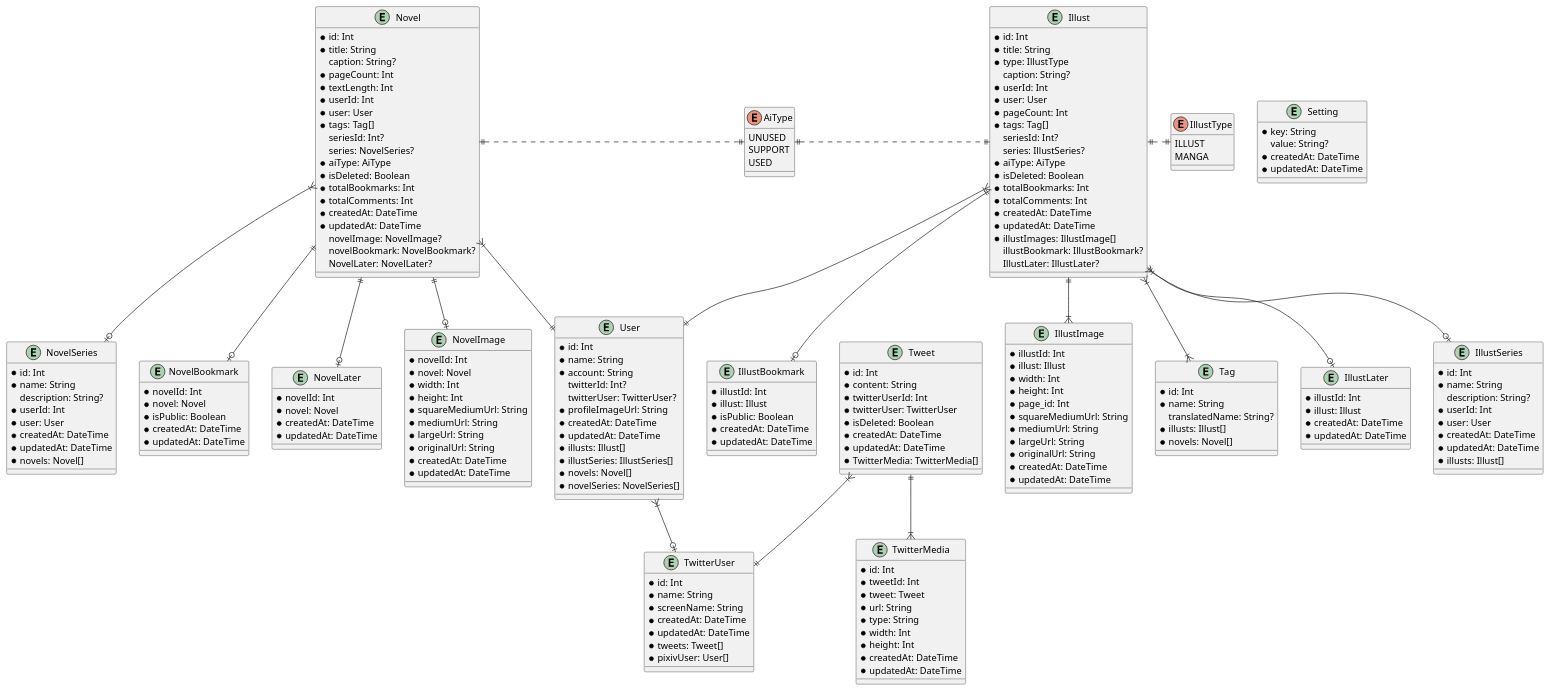
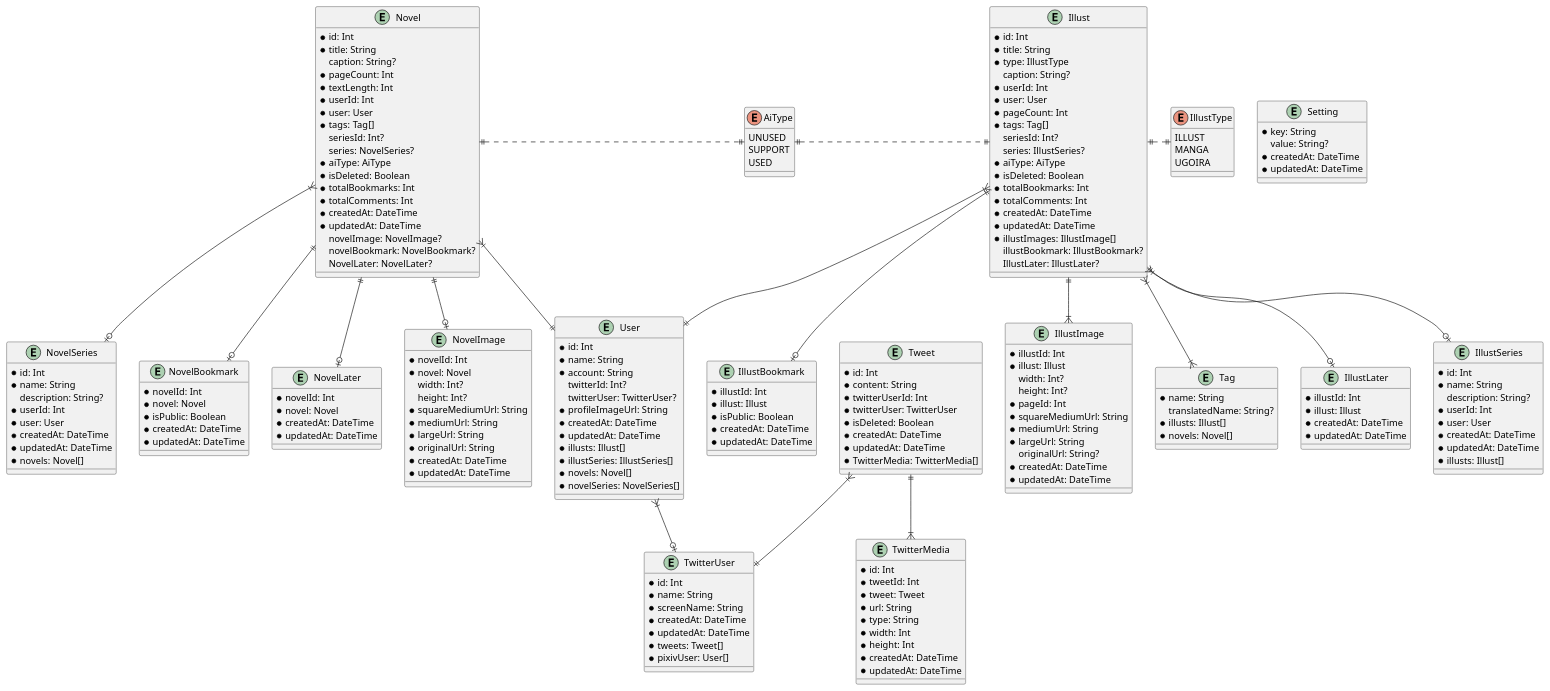
Before and after one commit to tomacheese/my-pixiv: the diagram in packages/db/prisma/schema.pu, drawn with PlantUML. The commit also changed 18 other files, not shown here.

```diff
--- a/packages/db/prisma/schema.pu
+++ b/packages/db/prisma/schema.pu
@@ -3,6 +3,7 @@
 enum IllustType {
   ILLUST
   MANGA
+  UGOIRA
 }
 
 enum AiType {
@@ -55,13 +56,13 @@
 entity IllustImage {
   * illustId: Int
   * illust: Illust
-  * width: Int
-  * height: Int
-  * page_id: Int
+  width: Int?
+  height: Int?
+  * pageId: Int
   * squareMediumUrl: String
   * mediumUrl: String
   * largeUrl: String
-  * originalUrl: String
+  originalUrl: String?
   * createdAt: DateTime
   * updatedAt: DateTime
 }
@@ -91,8 +92,8 @@
 entity NovelImage {
   * novelId: Int
   * novel: Novel
-  * width: Int
-  * height: Int
+  width: Int?
+  height: Int?
   * squareMediumUrl: String
   * mediumUrl: String
   * largeUrl: String
@@ -121,7 +122,6 @@
 }
 
 entity Tag {
-  * id: Int
   * name: String
   translatedName: String?
   * illusts: Illust[]
```
